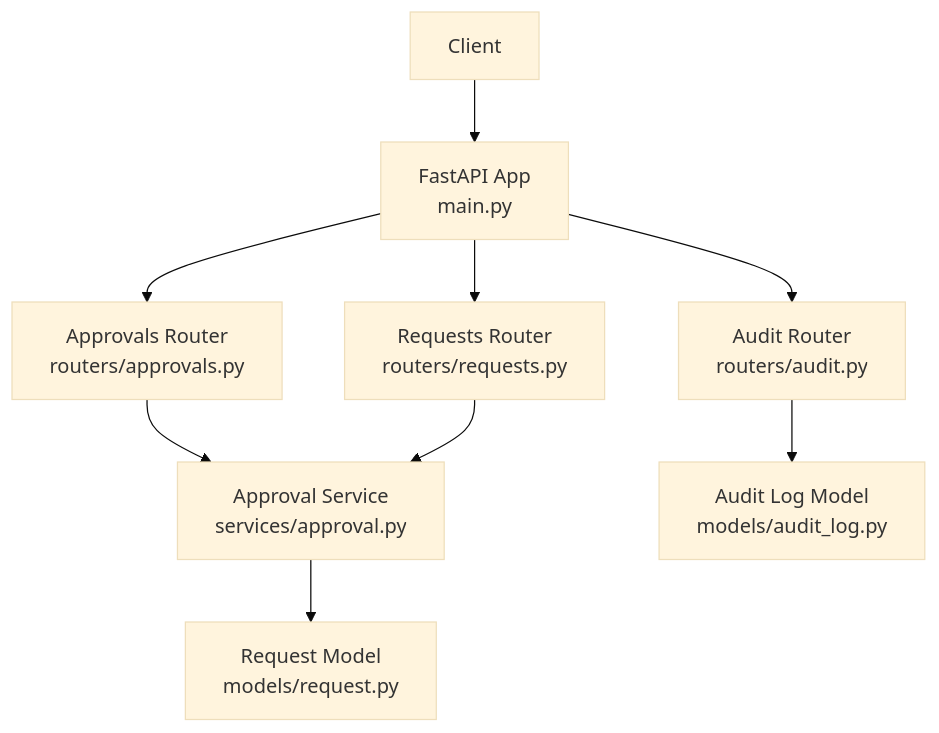
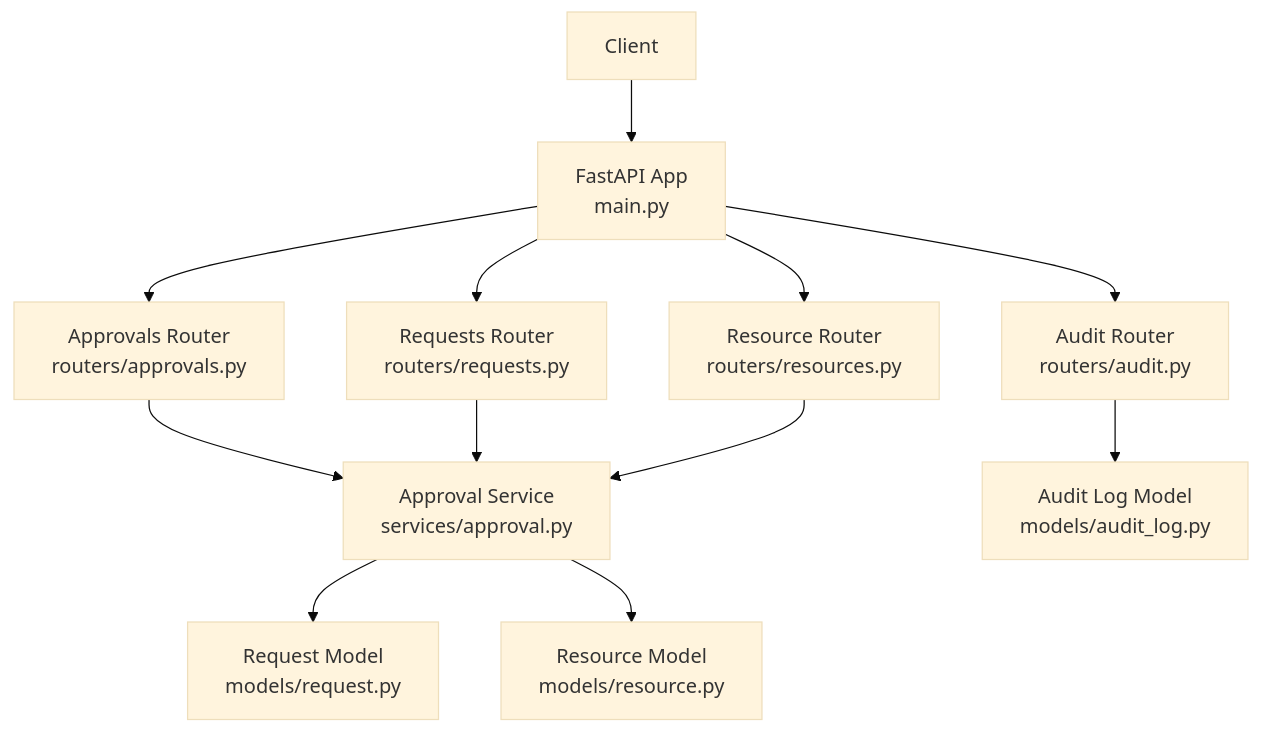
Before and after one commit to 14Lucifer/hackathon_ecs_creator: the first of 6 diagrams in .qoder/repowiki/en/content/Backend Development/API Routers & Endpoints/Approval System API.md, drawn with Mermaid (base theme). The commit also changed other lines of this file and 92 other files, not shown here.

````diff
--- a/.qoder/repowiki/en/content/Backend Development/API Routers & Endpoints/Approval System API.md
+++ b/.qoder/repowiki/en/content/Backend Development/API Routers & Endpoints/Approval System API.md
@@ -37,11 +48,14 @@
 ```mermaid
 graph TB
 Client["Client"] --> Main["FastAPI App<br/>main.py"]
 Main --> ApprovalsRouter["Approvals Router<br/>routers/approvals.py"]
 Main --> RequestsRouter["Requests Router<br/>routers/requests.py"]
 Main --> AuditRouter["Audit Router<br/>routers/audit.py"]
+Main --> ResourceRouter["Resource Router<br/>routers/resources.py"]
 ApprovalsRouter --> ApprovalService["Approval Service<br/>services/approval.py"]
 RequestsRouter --> ApprovalService
 AuditRouter --> AuditModel["Audit Log Model<br/>models/audit_log.py"]
+ResourceRouter --> ApprovalService
 ApprovalService --> RequestModel["Request Model<br/>models/request.py"]
+ApprovalService --> ResourceModel["Resource Model<br/>models/resource.py"]
 ```
````
